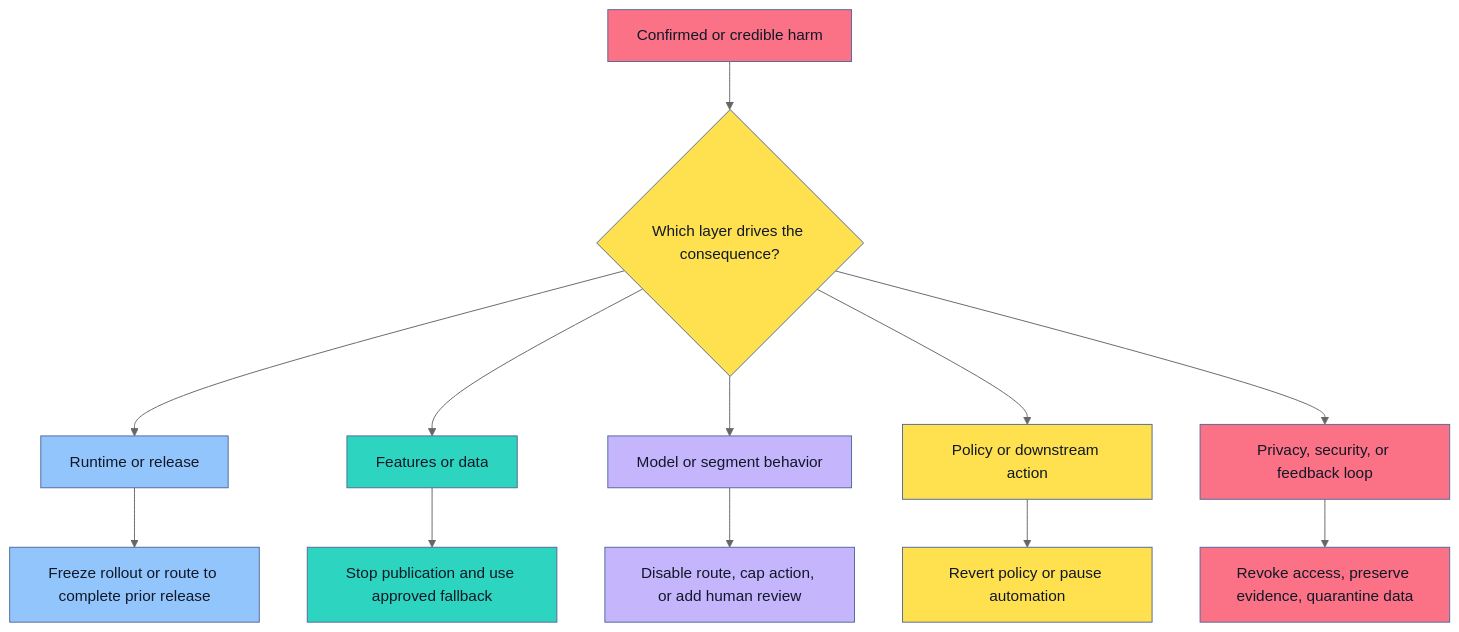
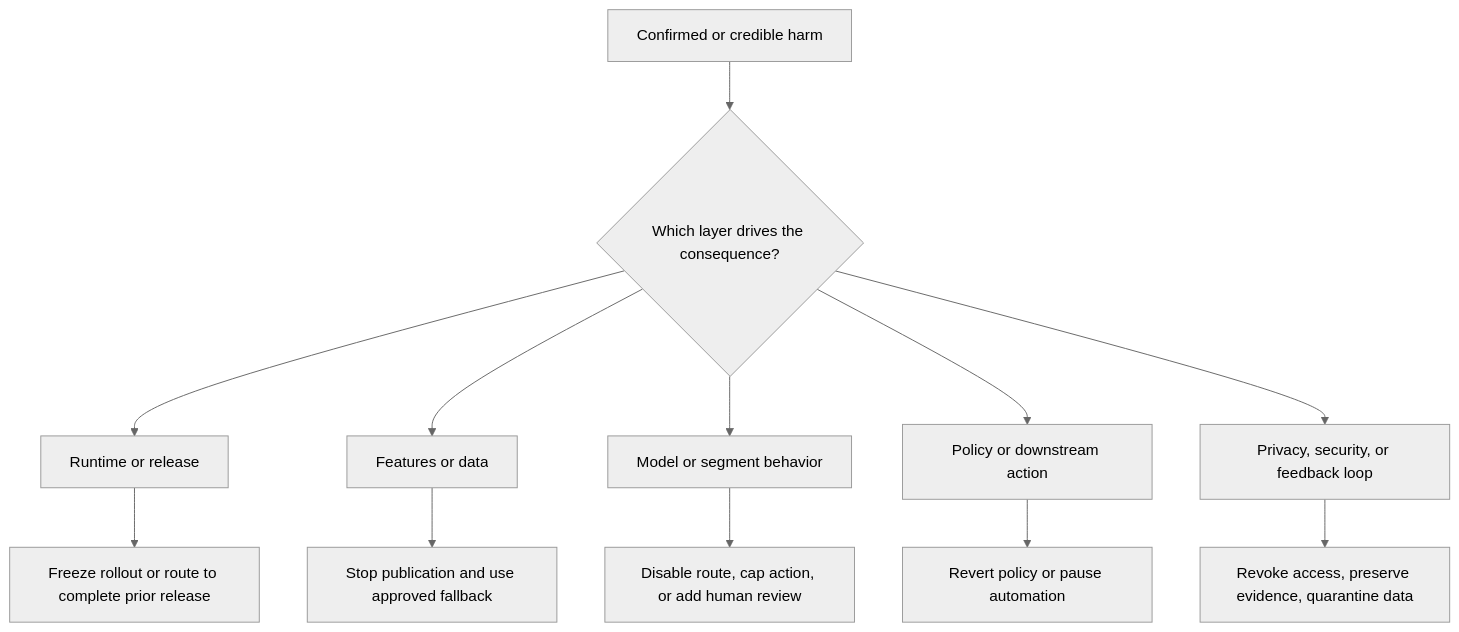
Before and after one commit to senlinyy/dev-roadmaps: the fifth of 9 diagrams in roadmaps/mlops/modules/deployment-and-release-management/rollback-and-recovery/01-ml-incident-response-basics.md, drawn with Mermaid (neutral theme). The commit also changed other lines of this file and 152 other files, not shown here.

Commit message:
feat: mlops and diagrams updated

````diff
--- a/roadmaps/mlops/modules/deployment-and-release-management/rollback-and-recovery/01-ml-incident-response-basics.md
+++ b/roadmaps/mlops/modules/deployment-and-release-management/rollback-and-recovery/01-ml-incident-response-basics.md
@@ -233,27 +232,27 @@
 ```mermaid
 flowchart TD
     A["Confirmed or credible harm"] --> B{"Which layer drives the consequence?"}
     B --> C["Runtime or release"]
     B --> D["Features or data"]
     B --> E["Model or segment behavior"]
     B --> F["Policy or downstream action"]
     B --> G["Privacy, security, or feedback loop"]
     C --> H["Freeze rollout or route to complete prior release"]
     D --> I["Stop publication and use approved fallback"]
     E --> J["Disable route, cap action, or add human review"]
     F --> K["Revert policy or pause automation"]
     G --> L["Revoke access, preserve evidence, quarantine data"]
 
-    style A fill:#FB7185,stroke:#536A9A,color:#111827
-    style B fill:#FFE04F,stroke:#536A9A,color:#111827
-    style C fill:#93C5FD,stroke:#536A9A,color:#111827
-    style D fill:#2DD4BF,stroke:#536A9A,color:#111827
-    style E fill:#C4B5FD,stroke:#536A9A,color:#111827
-    style F fill:#FFE04F,stroke:#536A9A,color:#111827
-    style G fill:#FB7185,stroke:#536A9A,color:#111827
-    style H fill:#93C5FD,stroke:#536A9A,color:#111827
-    style I fill:#2DD4BF,stroke:#536A9A,color:#111827
-    style J fill:#C4B5FD,stroke:#536A9A,color:#111827
-    style K fill:#FFE04F,stroke:#536A9A,color:#111827
-    style L fill:#FB7185,stroke:#536A9A,color:#111827
+    class A dp-mermaid-primary
+    class B dp-mermaid-secondary
+    class C dp-mermaid-tertiary
+    class D dp-mermaid-quaternary
+    class E dp-mermaid-primary
+    class F dp-mermaid-secondary
+    class G dp-mermaid-primary
+    class H dp-mermaid-tertiary
+    class I dp-mermaid-quaternary
+    class J dp-mermaid-primary
+    class K dp-mermaid-secondary
+    class L dp-mermaid-primary
 ```
````
